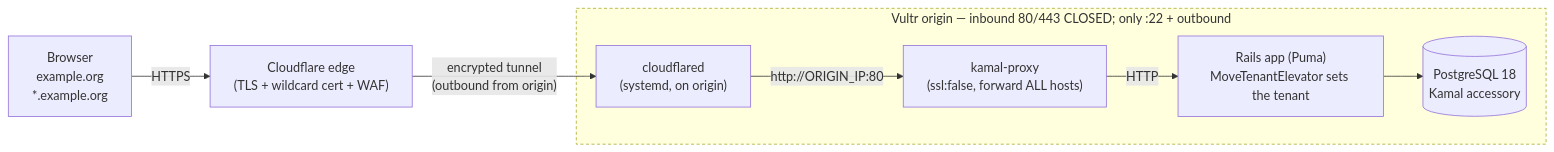
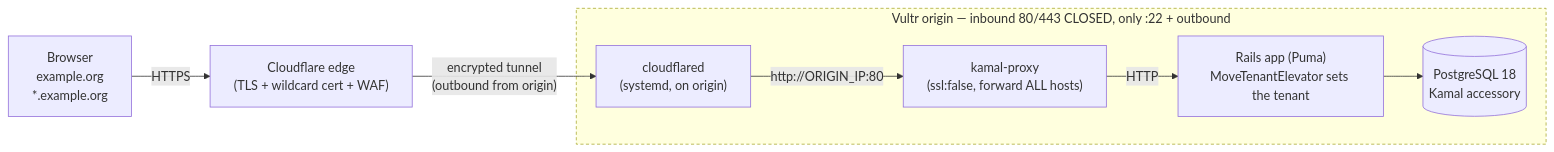
Before and after one commit to joel/move: the first of 3 diagrams in doc/project/architecture.md, drawn with Mermaid. The commit also changed other lines of this file and 1 other file, not shown here.

Commit message:
docs(project): fix mermaid parse error and prefix gh with unset token
- architecture.md: semicolons in a sequenceDiagram message and a flowchart
  subgraph title are Mermaid statement separators and broke rendering;
  replace them with commas.
- new-app-recipe.md: prefix the gh api / gh workflow run examples with
  unset GITHUB_TOKEN per the repo convention (Codex P2).

````diff
--- a/doc/project/architecture.md
+++ b/doc/project/architecture.md
@@ -21,12 +21,12 @@
 ```mermaid
 flowchart LR
   U["Browser<br/>example.org<br/>*.example.org"] -->|HTTPS| CF["Cloudflare edge<br/>(TLS + wildcard cert + WAF)"]
   CF -->|"encrypted tunnel<br/>(outbound from origin)"| CFD["cloudflared<br/>(systemd, on origin)"]
-  subgraph ORIGIN["Vultr origin — inbound 80/443 CLOSED; only :22 + outbound"]
+  subgraph ORIGIN["Vultr origin — inbound 80/443 CLOSED, only :22 + outbound"]
     CFD -->|"http://ORIGIN_IP:80"| KP["kamal-proxy<br/>(ssl:false, forward ALL hosts)"]
     KP -->|HTTP| APP["Rails app (Puma)<br/>MoveTenantElevator sets the tenant"]
     APP --> PG[("PostgreSQL 18<br/>Kamal accessory")]
   end
   classDef closed stroke-dasharray:4 3;
   class ORIGIN closed;
 ```
````
